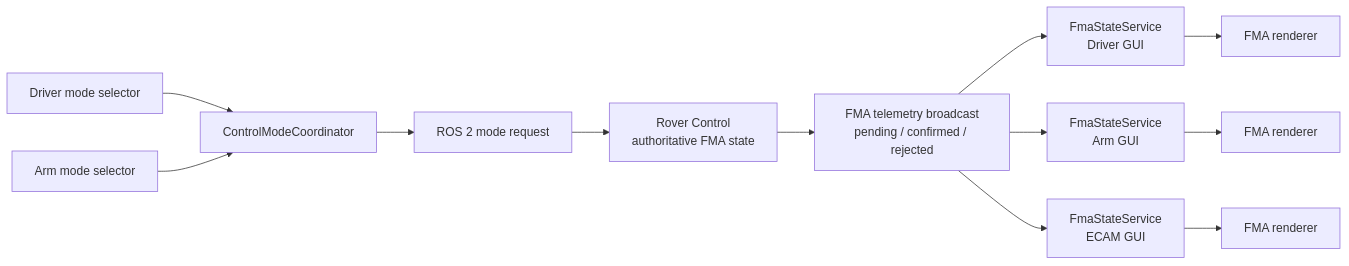
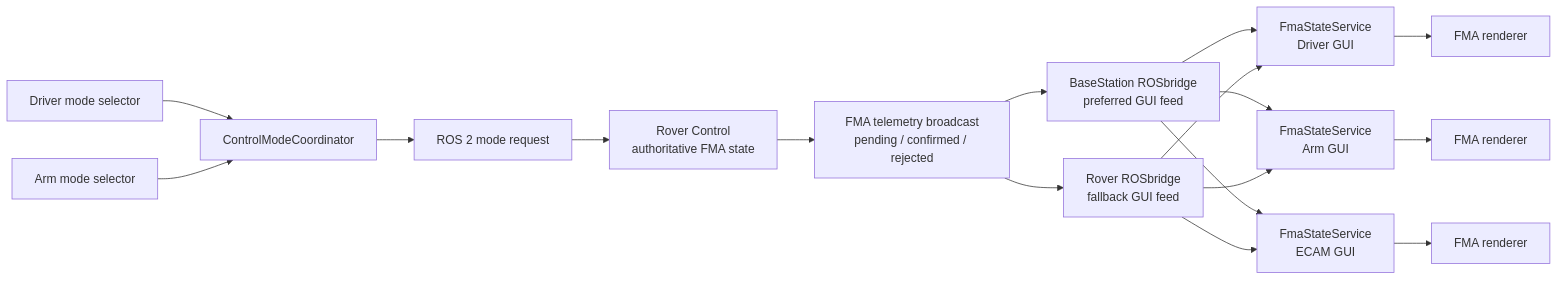
One commit to deakin-robotics/Chasmata-2027 changed the second of 2 diagrams in gui/docs/control-modes.md. Above: the diagram before and after it, drawn with Mermaid. The commit also changed other lines of this file and 46 other files, not shown here.

Commit message:
Add parallel Rover and BaseStation ROS connections

````diff
--- a/gui/docs/control-modes.md
+++ b/gui/docs/control-modes.md
@@ -111,14 +113,19 @@
 ```mermaid
 flowchart LR
     driver[Driver mode selector] --> coordinator[ControlModeCoordinator]
     arm[Arm mode selector] --> coordinator
     coordinator --> request[ROS 2 mode request]
     request --> rover[Rover Control<br/>authoritative FMA state]
     rover --> broadcast[FMA telemetry broadcast<br/>pending / confirmed / rejected]
-    broadcast --> browser1[FmaStateService<br/>Driver GUI]
-    broadcast --> browser2[FmaStateService<br/>Arm GUI]
-    broadcast --> browser3[FmaStateService<br/>ECAM GUI]
+    broadcast --> basestation[BaseStation ROSbridge<br/>preferred GUI feed]
+    broadcast --> direct[Rover ROSbridge<br/>fallback GUI feed]
+    basestation --> browser1[FmaStateService<br/>Driver GUI]
+    basestation --> browser2[FmaStateService<br/>Arm GUI]
+    basestation --> browser3[FmaStateService<br/>ECAM GUI]
+    direct --> browser1
+    direct --> browser2
+    direct --> browser3
     browser1 --> renderer1[FMA renderer]
     browser2 --> renderer2[FMA renderer]
     browser3 --> renderer3[FMA renderer]
 ```
````
